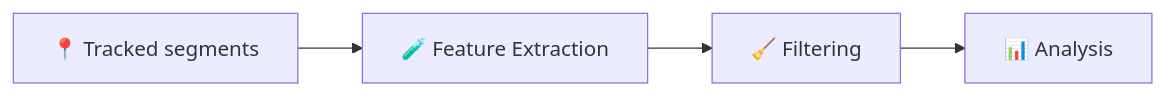
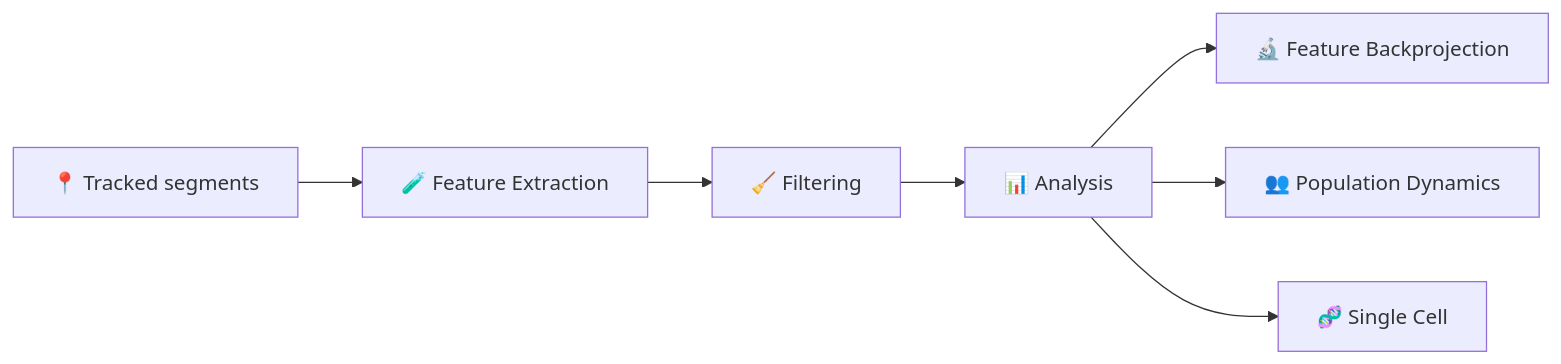
Before and after one commit to imAIgene-Dream3D/BEHAV3D-Explorer: the diagram in docs/source/analysis/index.md, drawn with Mermaid. The commit also changed other lines of this file and 52 other files, not shown here.

````diff
--- a/docs/source/analysis/index.md
+++ b/docs/source/analysis/index.md
@@ -17,6 +17,9 @@
 ```{mermaid}
 flowchart LR
     T["📍 Tracked segments"] --> FE["🧪 Feature Extraction"]
     FE --> F["🧹 Filtering"]
     F --> A["📊 Analysis"]
+    A --> FB["🔬 Feature Backprojection"]
+    A --> PD["👥 Population Dynamics"]
+    A --> SC["🧬 Single Cell"]
 ```
````
